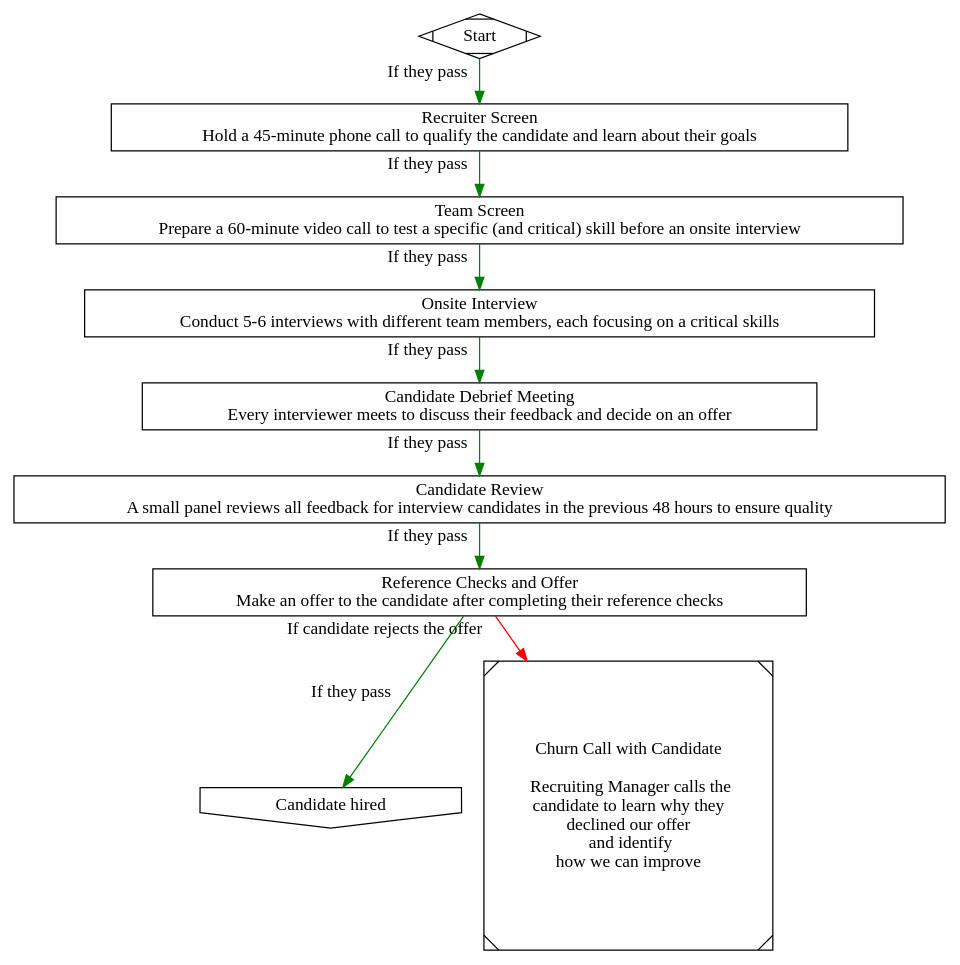
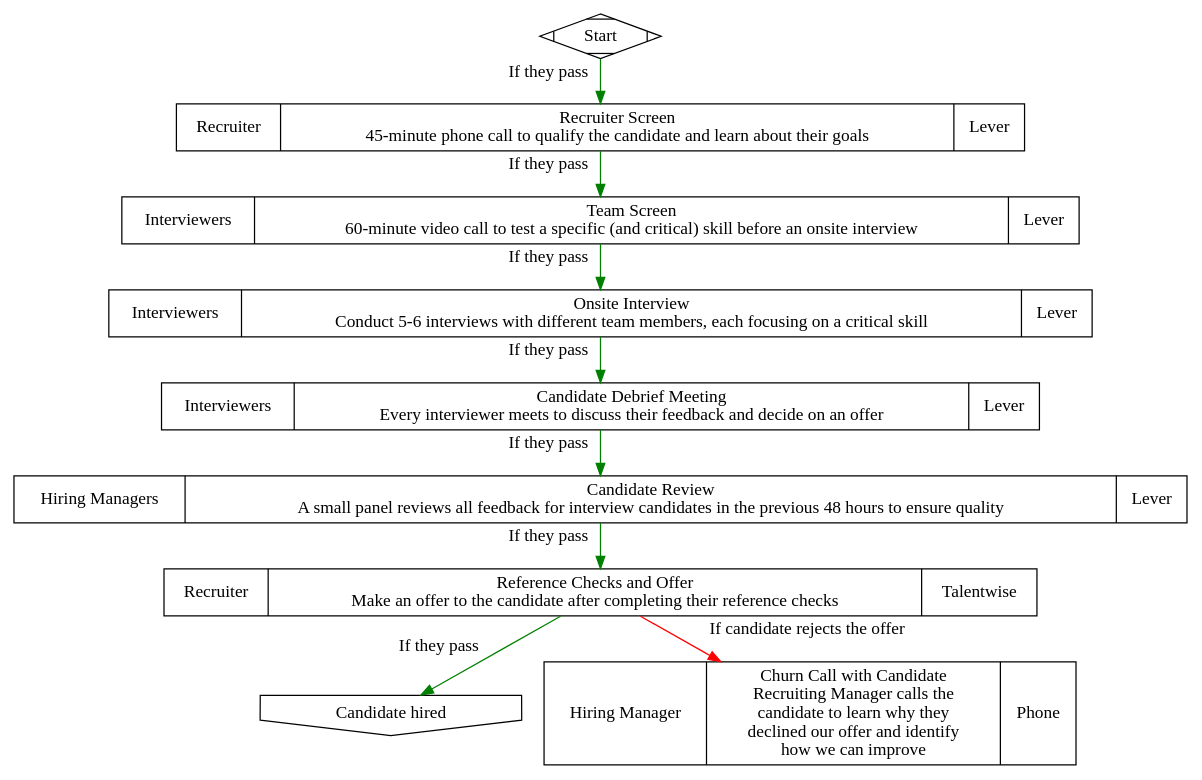
The diagram in Process/interviews_engineering[Playbook].gv (paulejarvis/Playbook), drawn with Graphviz before and after one commit. The commit also changed 5 other files, not shown here.

```diff
--- a/Process/interviews_engineering[Playbook].gv
+++ b/Process/interviews_engineering[Playbook].gv
@@ -1,154 +1,182 @@
 /* https://stripe.com/atlas/guides/scaling-eng
 * captures the graph there; not enriched */
 
 digraph engineering_hiring {
 
 /* Graph */
 
   //rankdir = LR //(right to left; good for process not org chart or network diagram)
   //splines = ortho //(right angles)
   ratio = auto
 
 /* Nodes */
 
   "Start" [
   shape = Mdiamond
   label = "Start"
   ]
 
   "Recruiter Screen" [
   shape = record
-  label = "Recruiter Screen\n Hold a 45-minute phone call to qualify the candidate
-  and learn about their goals"
+  label = "
+    <people> Recruiter|
+    <process> Recruiter Screen\n 45-minute phone call to qualify the candidate
+    and learn about their goals|
+    <technology> Lever
+  "
   ]
 
   "Team Screen" [
   shape = record
-  label = "Team Screen\n Prepare a 60-minute video call to test a specific (and
-  critical) skill before an onsite interview"
+  label = "
+    <people> Interviewers|
+    <process> Team Screen\n 60-minute video call to test a specific (and
+    critical) skill before an onsite interview|
+    <technology> Lever
+  "
   ]
 
   "Onsite Interview" [
   shape = record
-  label = "Onsite Interview\n Conduct 5-6 interviews with different team members,
-  each focusing on a critical skills"
+  label = "
+    <people> Interviewers|
+    <process> Onsite Interview\n Conduct 5-6 interviews with different team members,
+  each focusing on a critical skill|
+    <technology> Lever
+  "
   ]
 
   "Candidate Debrief Meeting" [
   shape = record
-  label = "Candidate Debrief Meeting\n Every interviewer meets to discuss their
-  feedback and decide on an offer"
+  label = "
+    <people> Interviewers|
+    <process> Candidate Debrief Meeting\n Every interviewer meets to discuss their
+  feedback and decide on an offer|
+    <technology> Lever
+  "
   ]
 
   "Candidate Review" [
   shape = record
-  label = "Candidate Review\n A small panel reviews all feedback for interview
-  candidates in the previous 48 hours to ensure quality"
+  label = "
+    <people> Hiring Managers|
+    <process> Candidate Review\n A small panel reviews all feedback for interview
+    candidates in the previous 48 hours to ensure quality|
+    <technology> Lever
+  "
   ]
 
   "Reference Checks and Offer" [
   shape = record
-  label = "Reference Checks and Offer\n Make an offer to the candidate after completing
-  their reference checks"
+  label = "
+    <people> Recruiter|
+    <process> Reference Checks and Offer\n Make an offer to the candidate after completing
+    their reference checks|
+    <technology> Talentwise
+  "
   ]
 
   "Hired" [
   shape = invhouse
   label = "Candidate hired"
   ]
 
+//should this be a square or process fail? 
 
   "Churn Call" [
-  shape = Msquare
-  label = "Churn Call with Candidate\n
-  Recruiting Manager calls the\n candidate to learn why they\n declined our offer
-  and identify\n how we can improve"
+  shape = record
+  label = "
+    <people> Hiring Manager|
+    <process> Churn Call with Candidate\n Recruiting Manager calls the\n candidate to learn why they\n declined our offer
+  and identify\n how we can improve|
+    <technology> Phone
+  "
   ]
 
 /* Edges */
 
     "Start" -> "Recruiter Screen" [
       xlabel = "If they pass"
       color = "green"
     ]
 
     "Recruiter Screen" -> "Team Screen" [
       xlabel = "If they pass"
       color = "green"
     ]
 
     "Team Screen" -> "Onsite Interview" [
       xlabel = "If they pass"
       color = "green"
     ]
 
     "Onsite Interview" -> "Candidate Debrief Meeting" [
       xlabel = "If they pass"
       color = "green"
     ]
 
     "Candidate Debrief Meeting" -> "Candidate Review" [
       xlabel = "If they pass"
       color = "green"
     ]
 
     "Candidate Review" -> "Reference Checks and Offer" [
       xlabel = "If they pass"
       color = "green"
     ]
 
     "Reference Checks and Offer" -> "Hired" [
       xlabel = "If they pass"
       color = "green"
     ]
 
     "Reference Checks and Offer" -> "Churn Call" [
       xlabel = "If candidate rejects the offer"
       color = "red"
     ]
 
 /* If including a path to "Rejected" uncomment all of the below
 
     "Rejected" [
     shape = Msquare
     label = "Candidate rejected"
     ]
 
     "Recruiter Screen" -> "Rejected" [
       xlabel = "If they fail"
       color = "red"
     ]
 
     "Team Screen" -> "Rejected" [
       xlabel = "If they fail"
       color = "red"
     ]
 
     "Onsite Interview" -> "Rejected" [
       xlabel = "If they fail"
       color = "red"
     ]
 
     "Candidate Debrief Meeting" -> "Rejected" [
       xlabel = "If they fail"
       color = "red"
     ]
 
     "Candidate Review" -> "Rejected" [
       xlabel = "If they fail"
       color = "red"
     ]
 
     "Reference Checks and Offer" -> "Rejected" [
       xlabel = "If they fail"
       color = "red"
     ]
 
 */
 
   }
 
 /* Notes */
 /*
 *
 */
```
